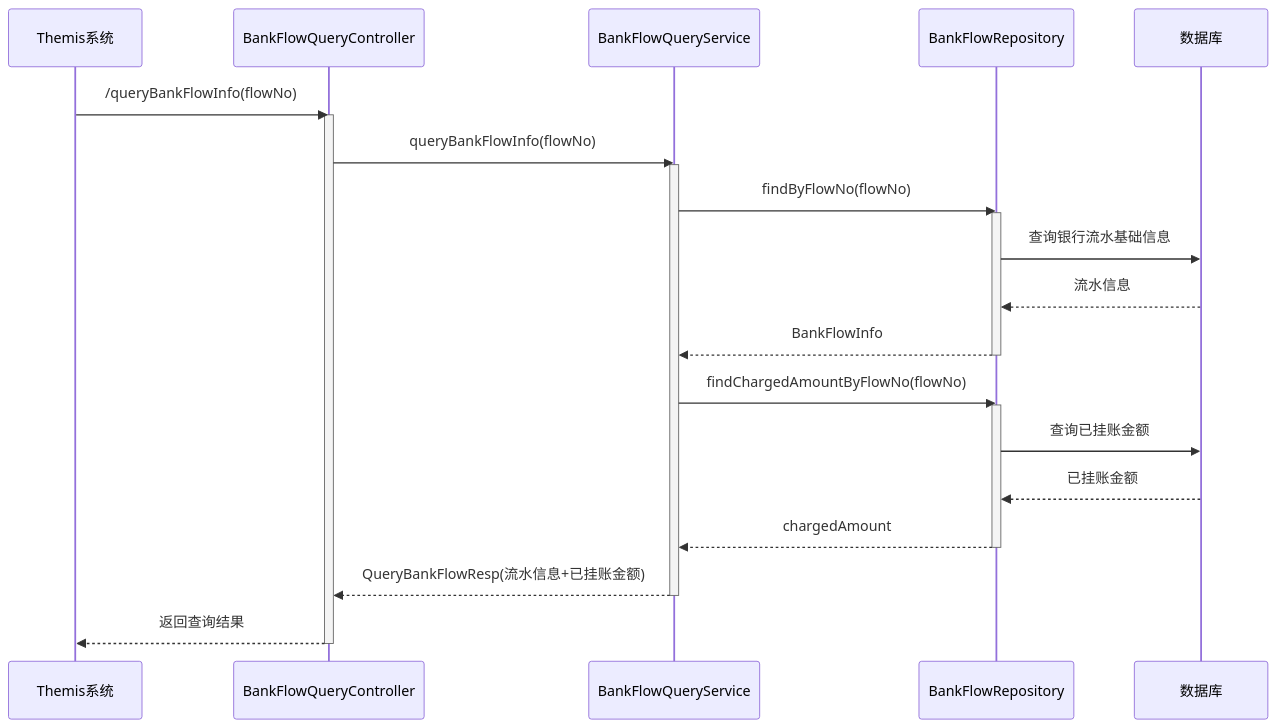
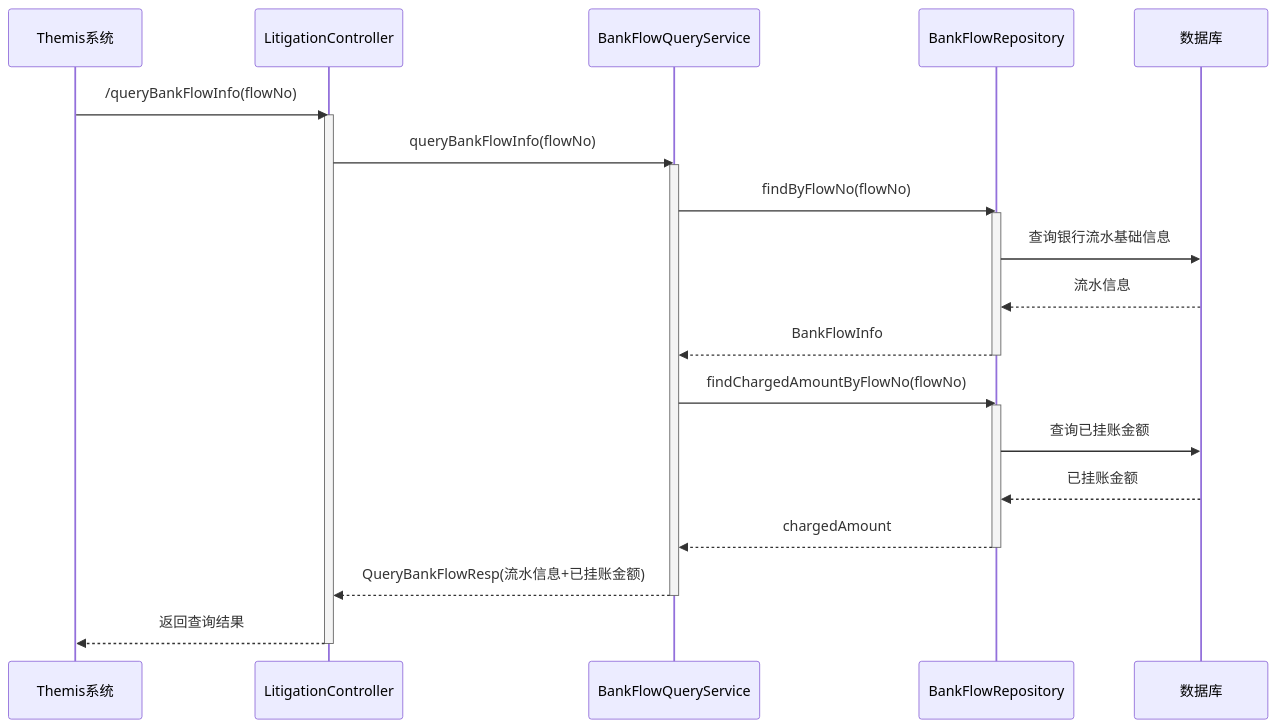
The second of 10 diagrams in shuhe/workspace/accountingoperation/iteration/202502-法诉自动入账/详细设计-AO系统.md (topson-cn/obsidian_note), drawn with Mermaid before and after one commit. The commit also changed other lines of this file and 3 other files, not shown here.

````diff
--- a/shuhe/workspace/accountingoperation/iteration/202502-法诉自动入账/详细设计-AO系统.md
+++ b/shuhe/workspace/accountingoperation/iteration/202502-法诉自动入账/详细设计-AO系统.md
@@ -123,34 +126,34 @@
 ```mermaid
 sequenceDiagram
     participant T as Themis系统
-    participant C as BankFlowQueryController
+    participant C as LitigationController
     participant S as BankFlowQueryService
     participant R as BankFlowRepository
     participant DB as 数据库
 
     T->>C: /queryBankFlowInfo(flowNo)
     activate C
 
     C->>S: queryBankFlowInfo(flowNo)
     activate S
 
     S->>R: findByFlowNo(flowNo)
     activate R
     R->>DB: 查询银行流水基础信息
     DB-->>R: 流水信息
     R-->>S: BankFlowInfo
     deactivate R
 
     S->>R: findChargedAmountByFlowNo(flowNo)
     activate R
     R->>DB: 查询已挂账金额
     DB-->>R: 已挂账金额
     R-->>S: chargedAmount
     deactivate R
 
     S-->>C: QueryBankFlowResp(流水信息+已挂账金额)
     deactivate S
 
     C-->>T: 返回查询结果
     deactivate C
 ```
````
